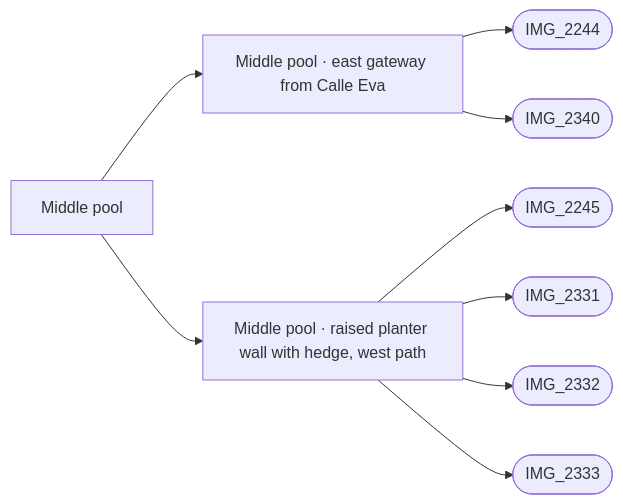
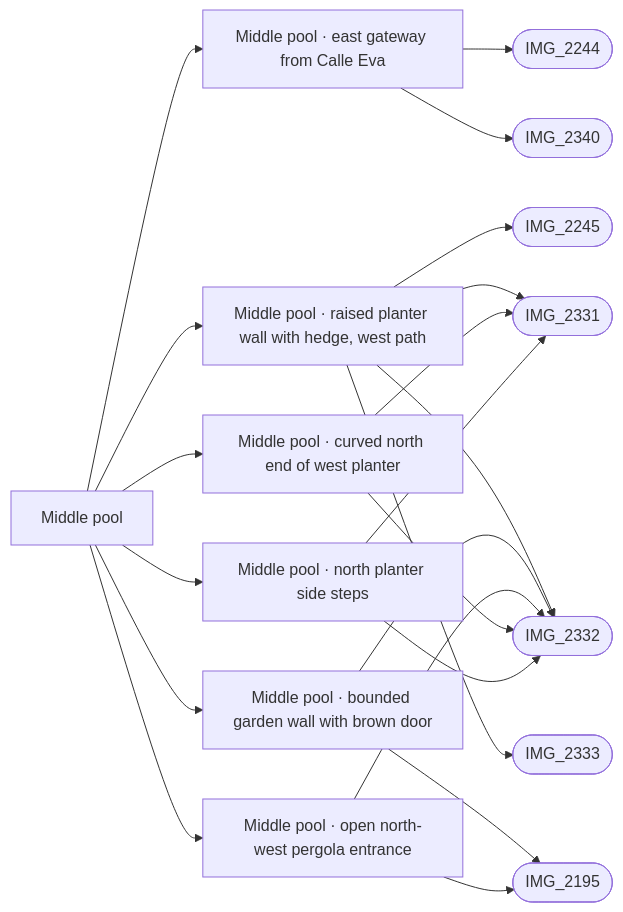
One commit to daveyboyc/villacana-venture changed the diagram in refs/areas/middle-pool.md. Above: the diagram before and after it, drawn with Mermaid. The commit also changed other lines of this file and 25 other files, not shown here.

Commit message:
Build bounded photo-backed middle pool north entrance fragments

````diff
--- a/refs/areas/middle-pool.md
+++ b/refs/areas/middle-pool.md
@@ -42,12 +42,24 @@
 ```mermaid
 graph LR
   A["Middle pool"]
   A --> F0["Middle pool · east gateway from Calle Eva"]
   F0 --> PIMG_2244_jpg(["IMG_2244"])
   F0 --> PIMG_2340_jpg(["IMG_2340"])
   A --> F1["Middle pool · raised planter wall with hedge, west path"]
   F1 --> PIMG_2245_jpg(["IMG_2245"])
   F1 --> PIMG_2331_jpg(["IMG_2331"])
   F1 --> PIMG_2332_jpg(["IMG_2332"])
   F1 --> PIMG_2333_jpg(["IMG_2333"])
+  A --> F2["Middle pool · bounded garden wall with brown door"]
+  F2 --> PIMG_2195_jpg(["IMG_2195"])
+  F2 --> PIMG_2332_jpg(["IMG_2332"])
+  A --> F3["Middle pool · open north-west pergola entrance"]
+  F3 --> PIMG_2195_jpg(["IMG_2195"])
+  F3 --> PIMG_2332_jpg(["IMG_2332"])
+  A --> F4["Middle pool · curved north end of west planter"]
+  F4 --> PIMG_2331_jpg(["IMG_2331"])
+  F4 --> PIMG_2332_jpg(["IMG_2332"])
+  A --> F5["Middle pool · north planter side steps"]
+  F5 --> PIMG_2331_jpg(["IMG_2331"])
+  F5 --> PIMG_2332_jpg(["IMG_2332"])
 ```
````
